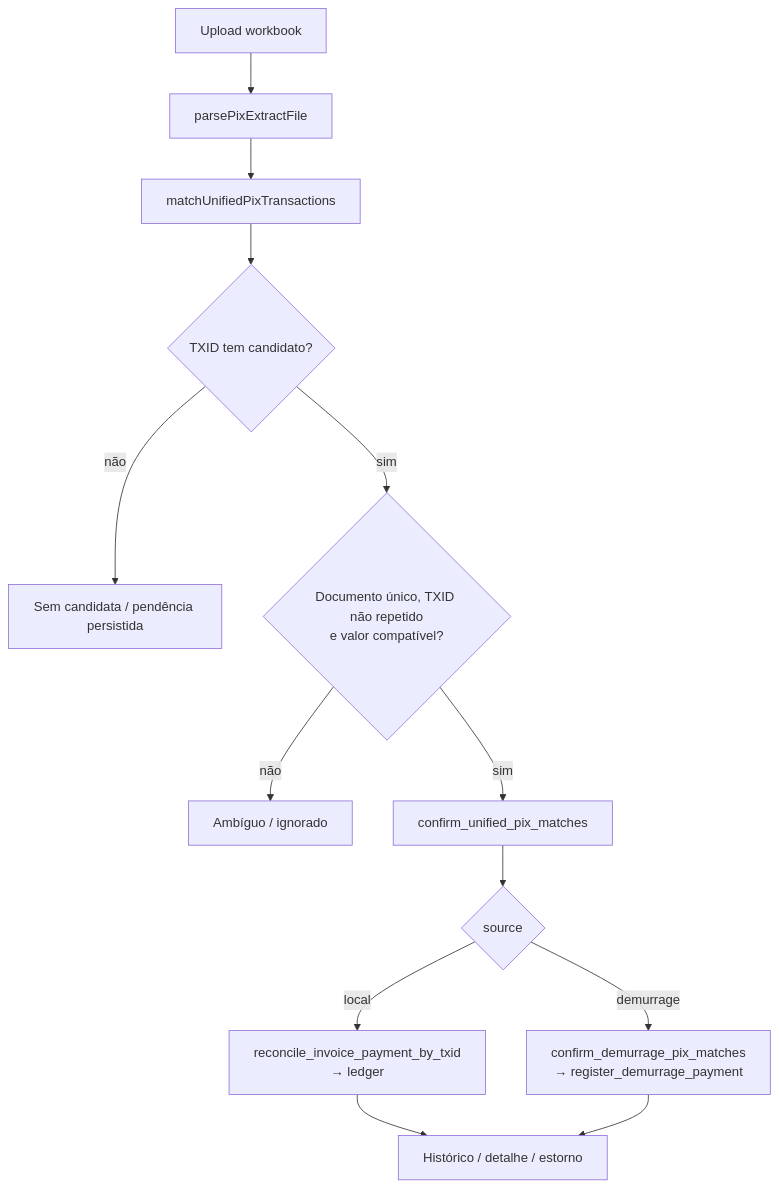
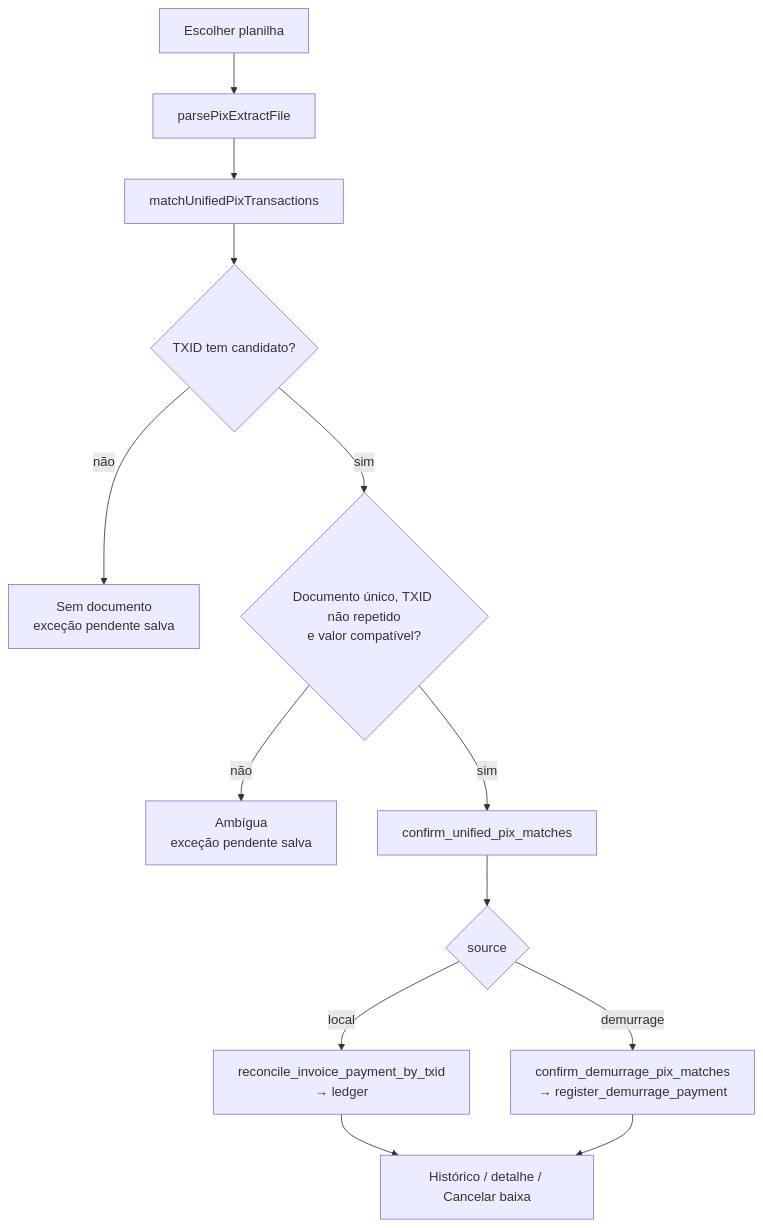
One commit to luccafwlog/vela changed the diagram in docs/modules/reconciliacao-pix.md. Above: the diagram before and after it, drawn with Mermaid. The commit also changed other lines of this file, not shown here.

First line of the commit message:
docs(pix): aplicar a revisão geral e receber as regras do glossário

````diff
--- a/docs/modules/reconciliacao-pix.md
+++ b/docs/modules/reconciliacao-pix.md
@@ -244,15 +251,15 @@
 ```mermaid
 flowchart TD
-    Upload["Upload workbook"] --> Parse["parsePixExtractFile"]
+    Upload["Escolher planilha"] --> Parse["parsePixExtractFile"]
     Parse --> Match["matchUnifiedPixTransactions"]
     Match --> Missing{"TXID tem candidato?"}
-    Missing -->|não| Omitted["Sem candidata / pendência persistida"]
+    Missing -->|não| Omitted["Sem documento<br/>exceção pendente salva"]
     Missing -->|sim| Amb{"Documento único, TXID não repetido<br/>e valor compatível?"}
-    Amb -->|não| Review["Ambíguo / ignorado"]
+    Amb -->|não| Review["Ambígua<br/>exceção pendente salva"]
     Amb -->|sim| Submit["confirm_unified_pix_matches"]
     Submit --> Source{"source"}
     Source -->|local| Ledger["reconcile_invoice_payment_by_txid<br/>→ ledger"]
     Source -->|demurrage| Direct["confirm_demurrage_pix_matches<br/>→ register_demurrage_payment"]
-    Ledger --> History["Histórico / detalhe / estorno"]
+    Ledger --> History["Histórico / detalhe / Cancelar baixa"]
     Direct --> History
 ```
````
